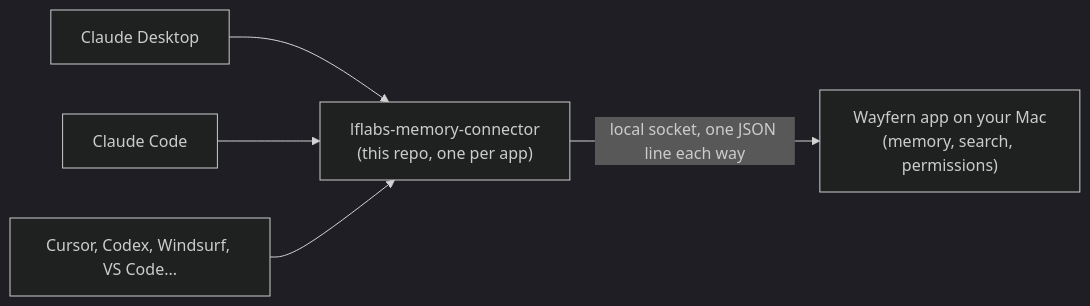
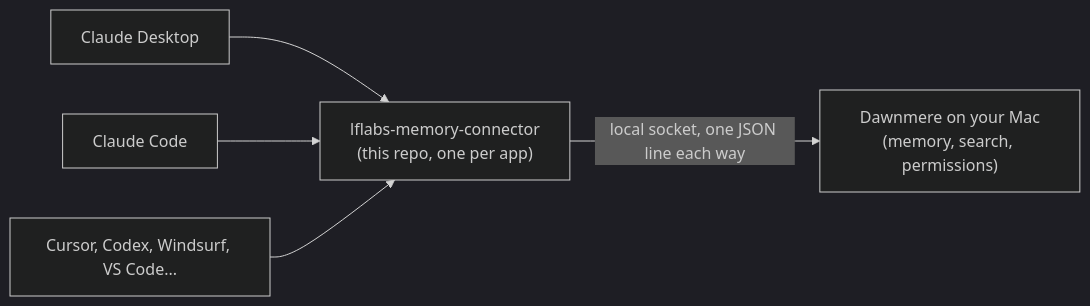
One commit to Hadeva-Dev/dawnmere changed the diagram in connector/README.md. Above: the diagram before and after it, drawn with Mermaid (dark theme). The commit also changed other lines of this file and 13 other files, not shown here.

````diff
--- a/connector/README.md
+++ b/connector/README.md
@@ -7,7 +7,7 @@
 ```mermaid
 flowchart LR
   A[Claude Desktop] --> C
   B[Claude Code] --> C
   D[Cursor, Codex, Windsurf, VS Code...] --> C
-  C["lflabs-memory-connector<br/>(this repo, one per app)"] -- "local socket, one JSON line each way" --> W["Wayfern app on your Mac<br/>(memory, search, permissions)"]
+  C["lflabs-memory-connector<br/>(this repo, one per app)"] -- "local socket, one JSON line each way" --> W["Dawnmere on your Mac<br/>(memory, search, permissions)"]
 ```
````
